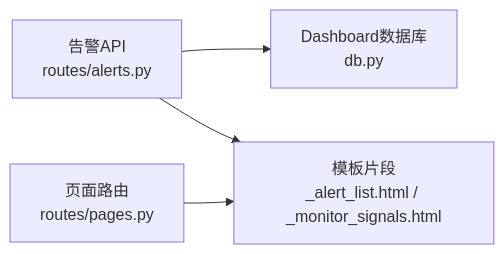
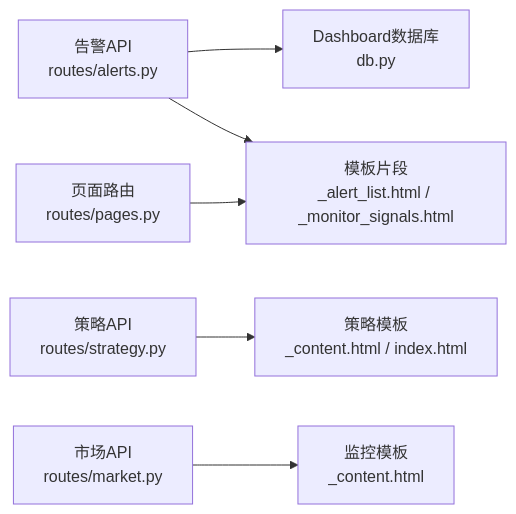
The fifth of 9 diagrams in .qoder/repowiki/zh/content/实时监控和告警系统/实时监控和告警系统.md (ldeng76/quant-ETF), drawn with Mermaid before and after one commit. The commit also changed other lines of this file and 12 other files, not shown here.

````diff
--- a/.qoder/repowiki/zh/content/实时监控和告警系统/实时监控和告警系统.md
+++ b/.qoder/repowiki/zh/content/实时监控和告警系统/实时监控和告警系统.md
@@ -232,6 +274,8 @@
 ```mermaid
 graph LR
 AlertsAPI["告警API<br/>routes/alerts.py"] --> DB["Dashboard数据库<br/>db.py"]
 AlertsAPI --> Templates["模板片段<br/>_alert_list.html / _monitor_signals.html"]
 Pages["页面路由<br/>routes/pages.py"] --> Templates
+StrategyAPI["策略API<br/>routes/strategy.py"] --> StrategyTemplates["策略模板<br/>_content.html / index.html"]
+MarketAPI["市场API<br/>routes/market.py"] --> MarketTemplates["监控模板<br/>_content.html"]
 ```
````
